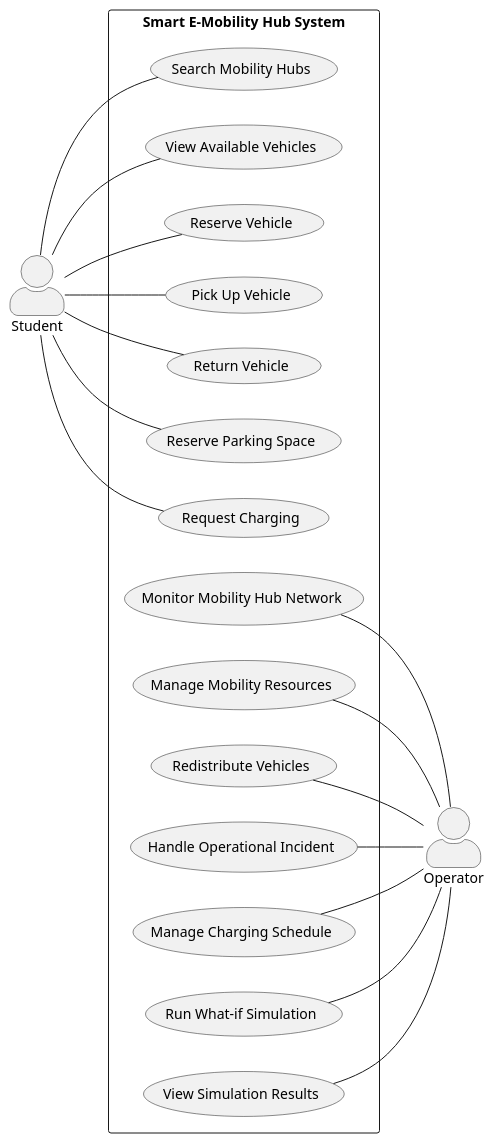
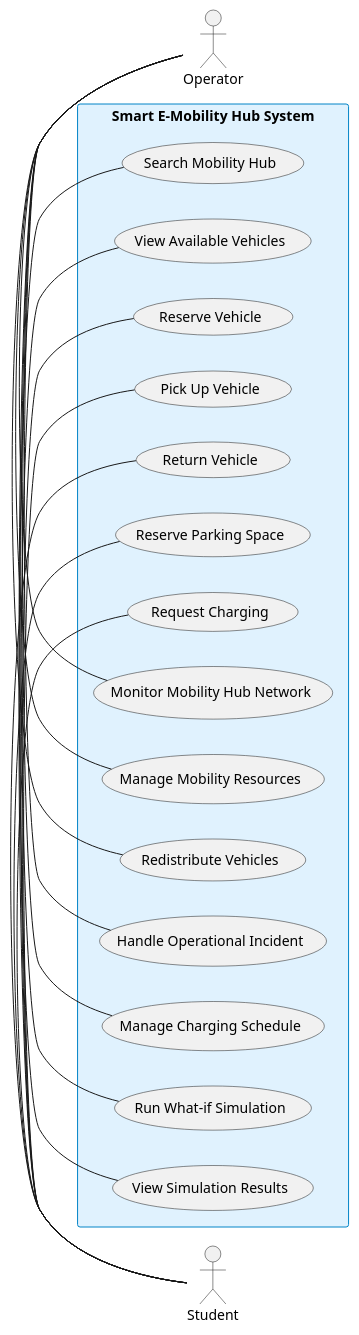
One commit to YdtTran/software-engineerning changed the first of 30 diagrams in 01_Diagram/01_Usecase_Diagram/PLANTUML_ALL.md. Above: the diagram before and after it, drawn with PlantUML. The commit also changed other lines of this file and 217 other files, not shown here.

````diff
--- a/01_Diagram/01_Usecase_Diagram/PLANTUML_ALL.md
+++ b/01_Diagram/01_Usecase_Diagram/PLANTUML_ALL.md
@@ -32,45 +9,40 @@
 ```plantuml
 @startuml
 left to right direction
-skinparam packageStyle rectangle
 skinparam shadowing false
-skinparam actorStyle awesome
-
-actor "Student" as Student
-actor "Operator" as Operator
-
+skinparam rectangleBackgroundColor #e0f2fe
+skinparam rectangleBorderColor #0284c7
+actor "Student" as actor_left
+actor "Operator" as actor_right
 rectangle "Smart E-Mobility Hub System" {
-    usecase "Search Mobility Hubs" as UC_S1
-    usecase "View Available Vehicles" as UC_S2
-    usecase "Reserve Vehicle" as UC_S3
-    usecase "Pick Up Vehicle" as UC_S4
-    usecase "Return Vehicle" as UC_S5
-    usecase "Reserve Parking Space" as UC_S6
-    usecase "Request Charging" as UC_S7
-
-    usecase "Monitor Mobility Hub Network" as UC_O1
-    usecase "Manage Mobility Resources" as UC_O2
-    usecase "Redistribute Vehicles" as UC_O3
-    usecase "Handle Operational Incident" as UC_O4
-    usecase "Manage Charging Schedule" as UC_O5
-    usecase "Run What-if Simulation" as UC_O6
-    usecase "View Simulation Results" as UC_O7
+  usecase "Search Mobility Hub" as uc_s1
+  usecase "View Available Vehicles" as uc_s2
+  usecase "Reserve Vehicle" as uc_s3
+  usecase "Pick Up Vehicle" as uc_s4
+  usecase "Return Vehicle" as uc_s5
+  usecase "Reserve Parking Space" as uc_s6
+  usecase "Request Charging" as uc_s7
+  usecase "Monitor Mobility Hub Network" as uc_o1
+  usecase "Manage Mobility Resources" as uc_o2
+  usecase "Redistribute Vehicles" as uc_o3
+  usecase "Handle Operational Incident" as uc_o4
+  usecase "Manage Charging Schedule" as uc_o5
+  usecase "Run What-if Simulation" as uc_o6
+  usecase "View Simulation Results" as uc_o7
 }
-
-Student -- UC_S1
-Student -- UC_S2
-Student -- UC_S3
-Student -- UC_S4
-Student -- UC_S5
-Student -- UC_S6
-Student -- UC_S7
-
-UC_O1 -- Operator
-UC_O2 -- Operator
-UC_O3 -- Operator
-UC_O4 -- Operator
-UC_O5 -- Operator
-UC_O6 -- Operator
-UC_O7 -- Operator
+actor_left -right- uc_s1
+actor_left -right- uc_s2
+actor_left -right- uc_s3
+actor_left -right- uc_s4
+actor_left -right- uc_s5
+actor_left -right- uc_s6
+actor_left -right- uc_s7
+actor_right -right- uc_o1
+actor_right -right- uc_o2
+actor_right -right- uc_o3
+actor_right -right- uc_o4
+actor_right -right- uc_o5
+actor_right -right- uc_o6
+actor_right -right- uc_o7
 @enduml
 ```
````
